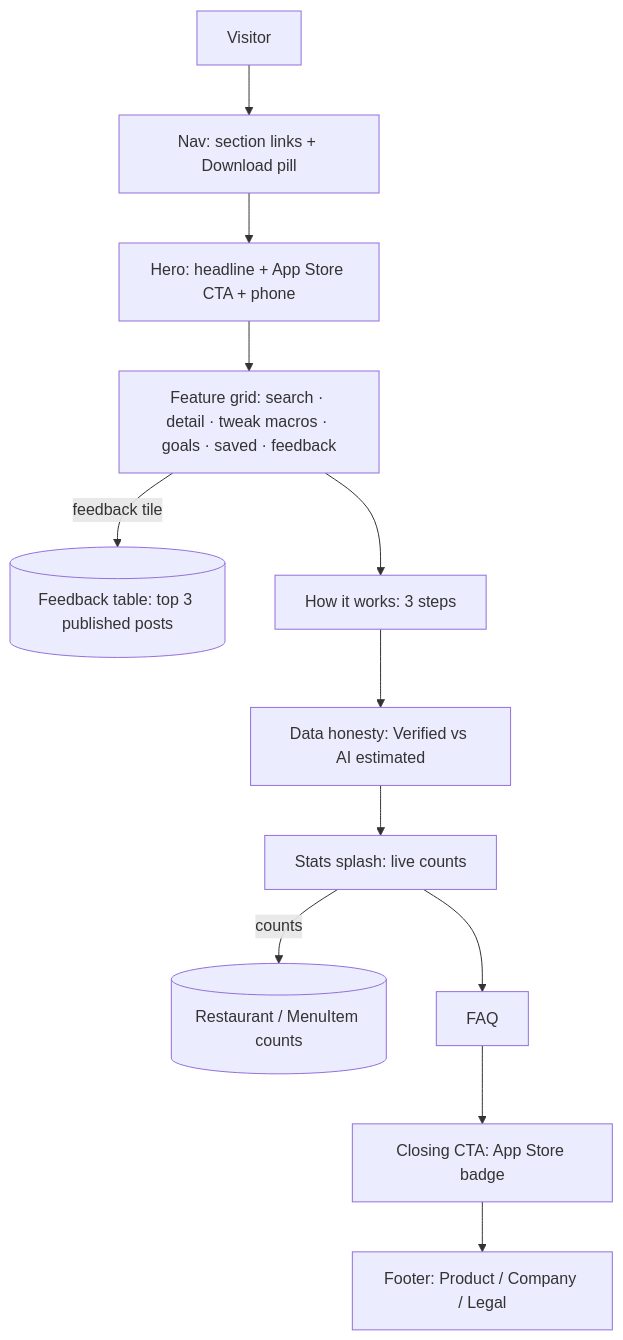
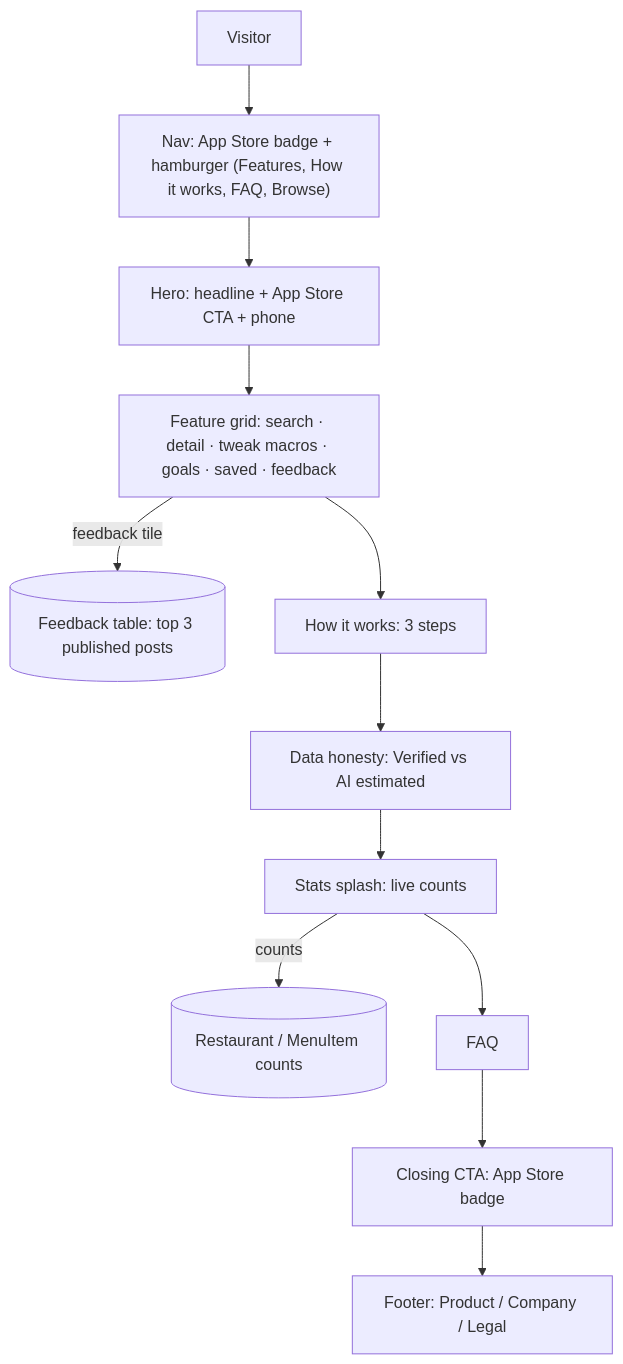
The diagram in docs/product/specs/landing-page.md (dgmolla/fitsy), drawn with Mermaid before and after one commit. The commit also changed other lines of this file and 5 other files, not shown here.

First line of the commit message:
feat(nav): App Store badge in the bar, all links in the hamburger

````diff
--- a/docs/product/specs/landing-page.md
+++ b/docs/product/specs/landing-page.md
@@ -43,14 +43,14 @@
 ```mermaid
 flowchart TD
-    V[Visitor] --> Nav["Nav: section links + Download pill"]
+    V[Visitor] --> Nav["Nav: App Store badge + hamburger (Features, How it works, FAQ, Browse)"]
     Nav --> Hero["Hero: headline + App Store CTA + phone"]
     Hero --> Grid["Feature grid: search · detail · tweak macros · goals · saved · feedback"]
     Grid -->|"feedback tile"| DB[("Feedback table: top 3 published posts")]
     Grid --> How["How it works: 3 steps"]
     How --> Trust["Data honesty: Verified vs AI estimated"]
     Trust --> Stats["Stats splash: live counts"]
     Stats -->|"counts"| DB2[("Restaurant / MenuItem counts")]
     Stats --> FAQ["FAQ"]
     FAQ --> Closing["Closing CTA: App Store badge"]
     Closing --> Footer["Footer: Product / Company / Legal"]
 ```
````
